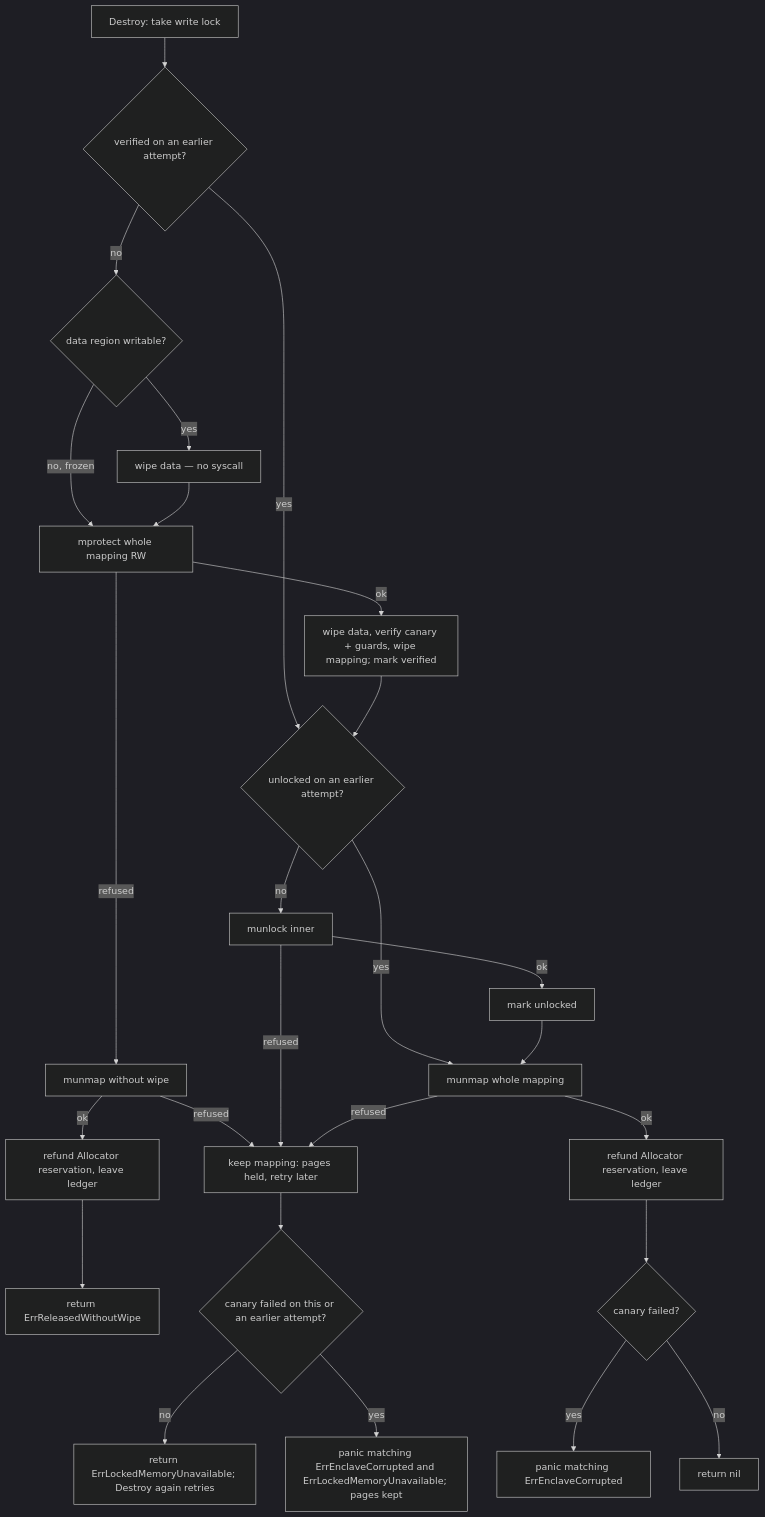
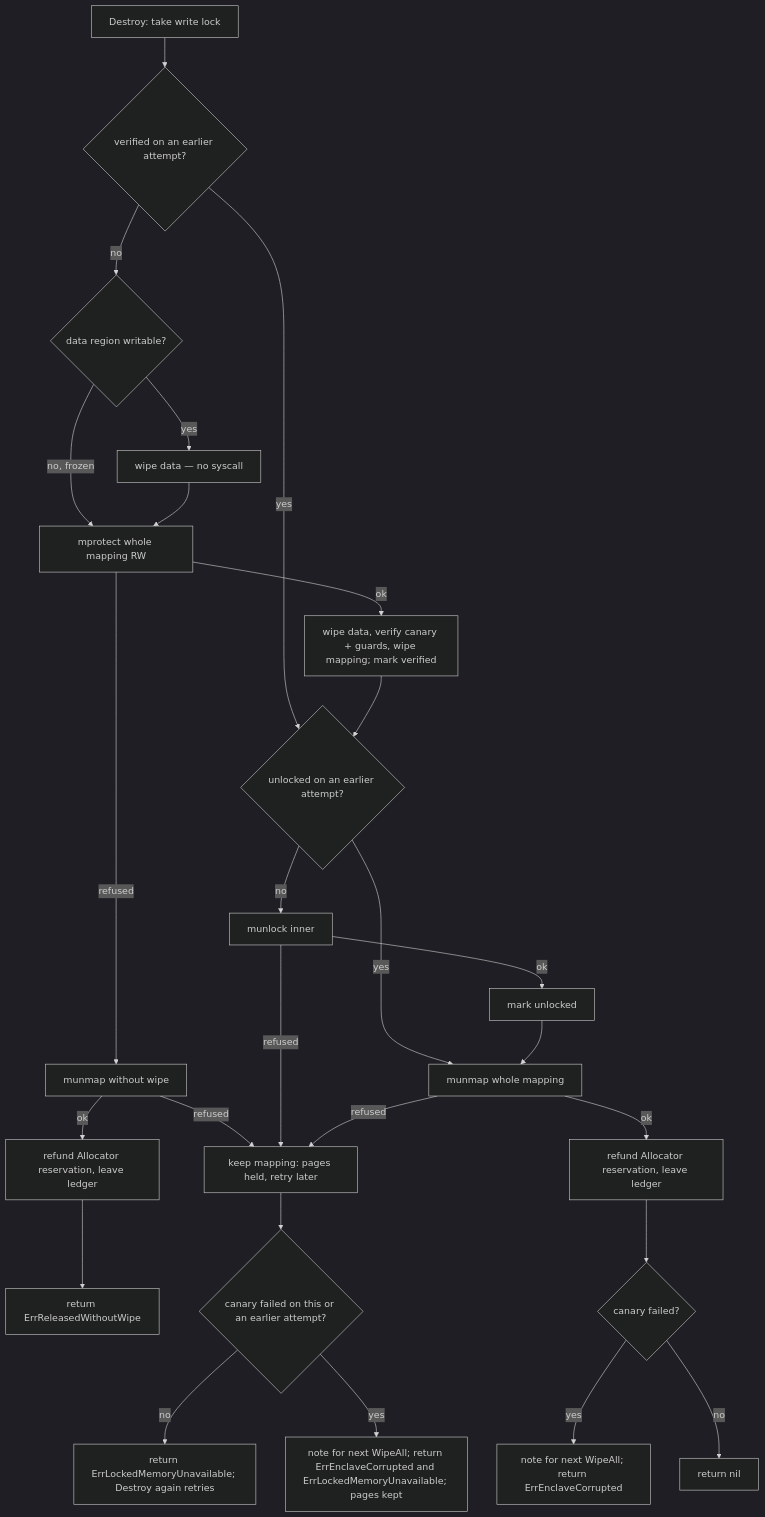
One commit to jeremyhahn/go-enclave changed the second of 2 diagrams in docs/locked-memory/architecture.md. Above: the diagram before and after it, drawn with Mermaid (dark theme). The commit also changed other lines of this file and 34 other files, not shown here.

Commit message:
feat(enclave)!: tighten the MemoryEnclave and Allocator API surface (#121)

````diff
--- a/docs/locked-memory/architecture.md
+++ b/docs/locked-memory/architecture.md
@@ -48,26 +48,26 @@
 ```mermaid
 flowchart TD
   A[Destroy: take write lock] --> V{verified on an earlier attempt?}
   V -- yes --> F
   V -- no --> B{data region writable?}
   B -- yes --> C[wipe data — no syscall]
   B -- no, frozen --> D
   C --> D[mprotect whole mapping RW]
   D -- refused --> U[munmap without wipe]
   U -- ok --> UR[refund Allocator reservation, leave ledger] --> UW[return ErrReleasedWithoutWipe]
   U -- refused --> H[keep mapping: pages held, retry later]
   D -- ok --> E[wipe data, verify canary + guards, wipe mapping; mark verified]
   E --> F{unlocked on an earlier attempt?}
   F -- yes --> G
   F -- no --> FL[munlock inner]
   FL -- refused --> H
   FL -- ok --> FU[mark unlocked] --> G[munmap whole mapping]
   G -- refused --> H
   G -- ok --> R[refund Allocator reservation, leave ledger]
   R --> P{canary failed?}
-  P -- yes --> PANIC[panic matching ErrEnclaveCorrupted]
+  P -- yes --> PC[note for next WipeAll; return ErrEnclaveCorrupted]
   P -- no --> OK[return nil]
   H --> HC{canary failed on this or an earlier attempt?}
   HC -- no --> HE[return ErrLockedMemoryUnavailable; Destroy again retries]
-  HC -- yes --> HP[panic matching ErrEnclaveCorrupted and ErrLockedMemoryUnavailable; pages kept]
+  HC -- yes --> HP[note for next WipeAll; return ErrEnclaveCorrupted and ErrLockedMemoryUnavailable; pages kept]
 ```
````
